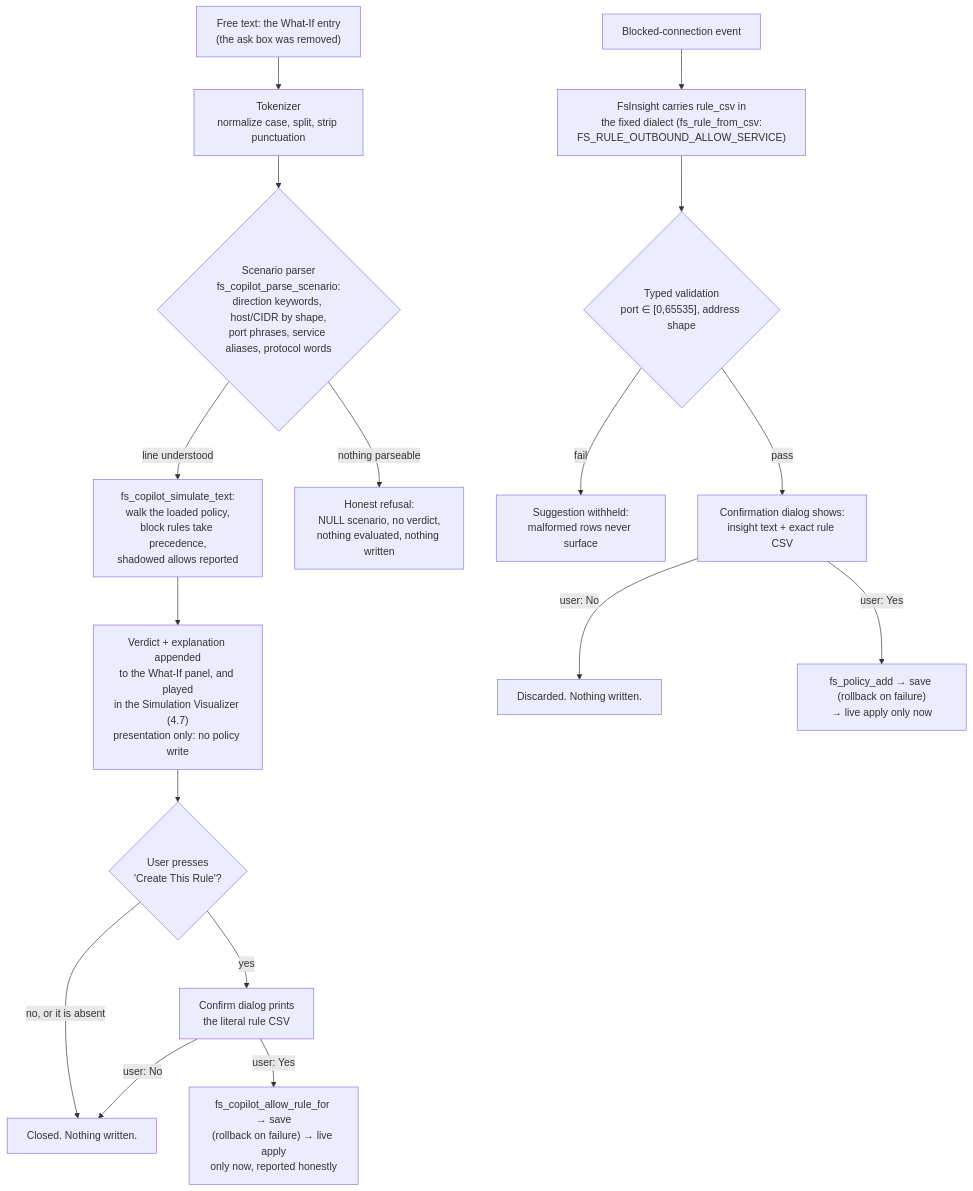
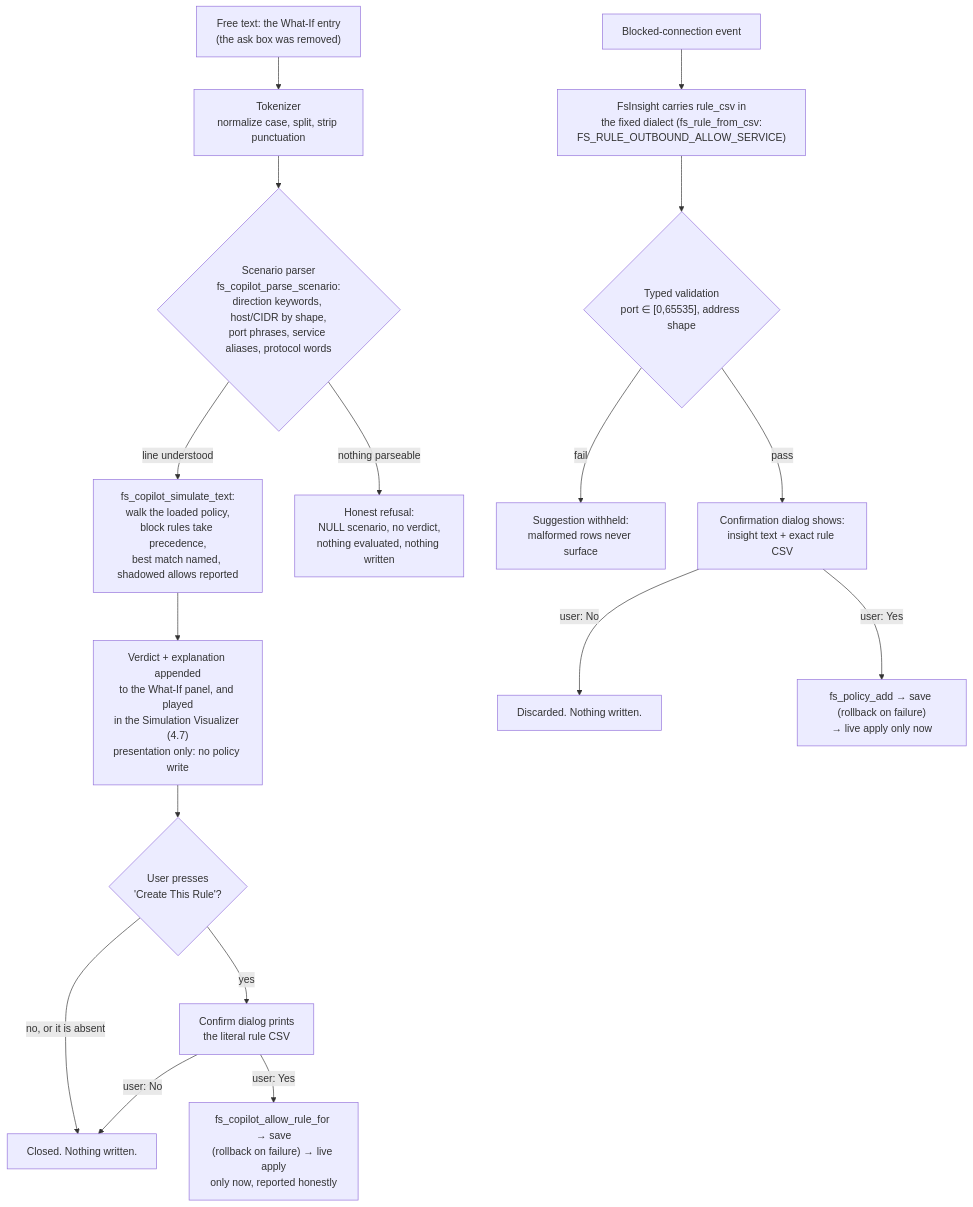
The sixth of 8 diagrams in docs/ARCHITECTURE-AND-SECURITY.md (Cazo-Net/StockFW), drawn with Mermaid before and after one commit. The commit also changed other lines of this file and 4 other files, not shown here.

Commit message:
Simulator: symmetric port wildcard, ICMP barred from ported rules, best-match verdicts that name the deciding port and forward destination

````diff
--- a/docs/ARCHITECTURE-AND-SECURITY.md
+++ b/docs/ARCHITECTURE-AND-SECURITY.md
@@ -366,20 +366,20 @@
 ```mermaid
 flowchart TD
     IN["Free text: the What-If entry<br/>(the ask box was removed)"] --> TOK["Tokenizer<br/>normalize case, split, strip punctuation"]
     TOK --> SC{"Scenario parser<br/>fs_copilot_parse_scenario:<br/>direction keywords, host/CIDR by shape,<br/>port phrases, service aliases, protocol words"}
-    SC -->|"line understood"| SIM["fs_copilot_simulate_text:<br/>walk the loaded policy,<br/>block rules take precedence,<br/>shadowed allows reported"]
+    SC -->|"line understood"| SIM["fs_copilot_simulate_text:<br/>walk the loaded policy,<br/>block rules take precedence,<br/>best match named, shadowed allows reported"]
     SC -->|"nothing parseable"| REP["Honest refusal:<br/>NULL scenario, no verdict,<br/>nothing evaluated, nothing written"]
     SIM --> OUT["Verdict + explanation appended<br/>to the What-If panel, and played<br/>in the Simulation Visualizer (4.7)<br/>presentation only: no policy write"]
     OUT --> BTN{"User presses<br/>'Create This Rule'?"}
     BTN -->|"no, or it is absent"| NOWR["Closed. Nothing written."]
     BTN -->|"yes"| CONF["Confirm dialog prints<br/>the literal rule CSV"]
     CONF -->|"user: No"| NOWR
     CONF -->|"user: Yes"| ADD2["fs_copilot_allow_rule_for → save<br/>(rollback on failure) → live apply<br/>only now, reported honestly"]
 
     EV["Blocked-connection event"] --> INS["FsInsight carries rule_csv in<br/>the fixed dialect (fs_rule_from_csv:<br/>FS_RULE_OUTBOUND_ALLOW_SERVICE)"]
     INS --> V{"Typed validation<br/>port ∈ [0,65535], address shape"}
     V -->|fail| REP2["Suggestion withheld:<br/>malformed rows never surface"]
     V -->|pass| DLG["Confirmation dialog shows:<br/>insight text + exact rule CSV"]
     DLG -->|user: No| DROP["Discarded. Nothing written."]
     DLG -->|user: Yes| ADD["fs_policy_add → save (rollback on failure)<br/>→ live apply only now"]
 ```
````
